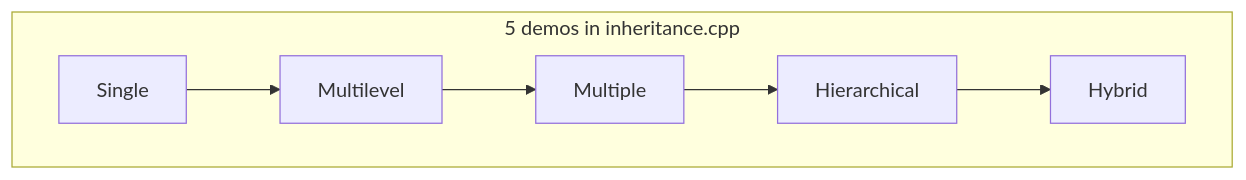
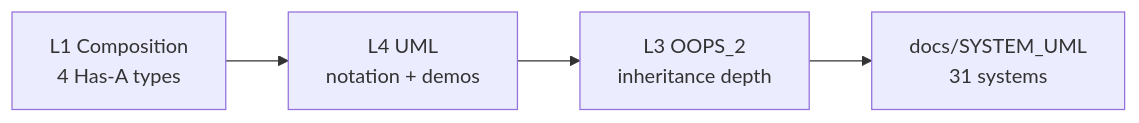
The diagram in L4 UML_Diagrams/README.md (subhm2004/LLD), drawn with Mermaid before and after one commit. The commit also changed other lines of this file and 135 other files, not shown here.

````diff
--- a/L4 UML_Diagrams/README.md
+++ b/L4 UML_Diagrams/README.md
@@ -55,11 +74,9 @@
 ```mermaid
-flowchart TB
-    subgraph types [5 demos in inheritance.cpp]
-        S[Single]
-        M[Multilevel]
-        Mul[Multiple]
-        H[Hierarchical]
-        Hy[Hybrid]
-    end
-    S --> M --> Mul --> H --> Hy
+flowchart LR
+    L1[L1 Composition<br/>4 Has-A types]
+    L4[L4 UML<br/>notation + demos]
+    L3[L3 OOPS_2<br/>inheritance depth]
+    SYS[docs/SYSTEM_UML<br/>31 systems]
+
+    L1 --> L4 --> L3 --> SYS
 ```
````
